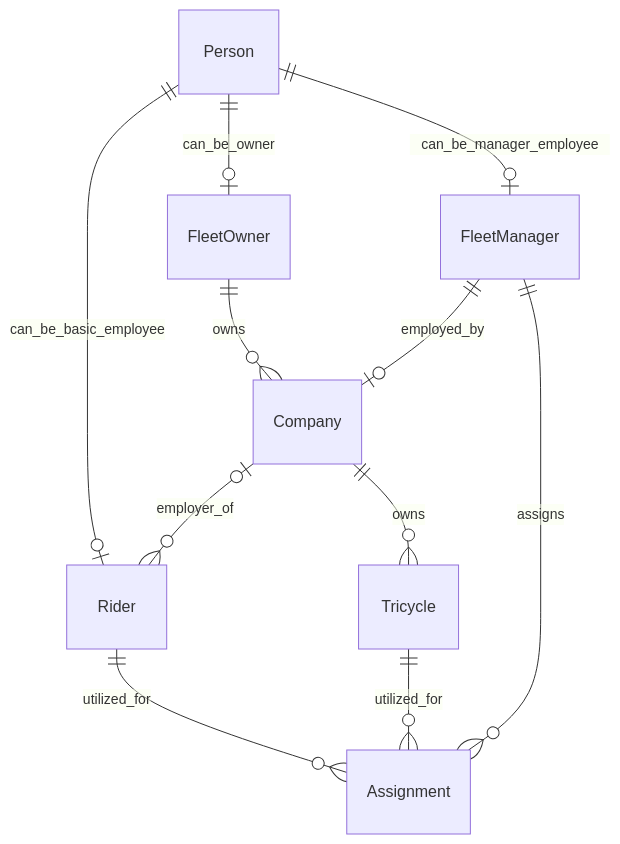
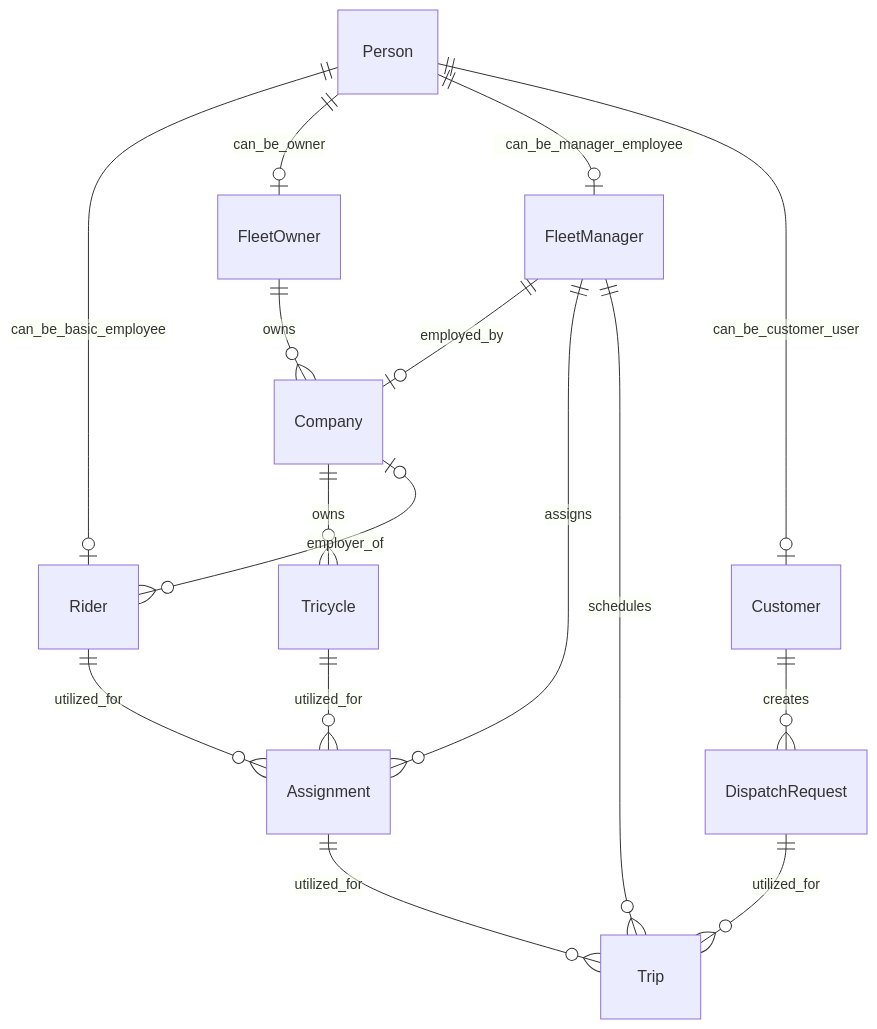
Before and after one commit to isocroft/fleet-management-ontology: the first of 6 diagrams in README.md, drawn with Mermaid. The commit also changed other lines of this file, not shown here.

````diff
--- a/README.md
+++ b/README.md
@@ -200,13 +208,18 @@
 ```mermaid
 erDiagram
-    Person       ||--o| Rider       : can_be_basic_employee
-    Person       ||--o| FleetOwner  : can_be_owner
-    Person       ||--o| FleetManager: can_be_manager_employee
-    FleetOwner   ||--o{ Company     : owns
-    FleetManager ||--o| Company     : employed_by
-    Company      ||--o{ Tricycle    : owns
-    Company      |o--o{ Rider       : employer_of
-    Rider        ||--o{ Assignment  : utilized_for
-    Tricycle     ||--o{ Assignment  : utilized_for
-    FleetManager ||--o{ Assignment  : assigns
+    Person         ||--o| Rider       : can_be_basic_employee
+    Person         ||--o| FleetOwner  : can_be_owner
+    Person         ||--o| FleetManager: can_be_manager_employee
+    Person         ||--o| Customer    : can_be_customer_user
+    FleetOwner     ||--o{ Company     : owns
+    FleetManager   ||--o| Company     : employed_by
+    Company        ||--o{ Tricycle    : owns
+    Company        |o--o{ Rider       : employer_of
+    Rider          ||--o{ Assignment  : utilized_for
+    Tricycle       ||--o{ Assignment  : utilized_for
+    FleetManager   ||--o{ Assignment  : assigns
+    FleetManager   ||--o{ Trip : schedules
+    Customer       ||--o{ DispatchRequest : creates
+    DispatchRequest||--o{ Trip : utilized_for
+    Assignment     ||--o{ Trip : utilized_for 
 ```
````
